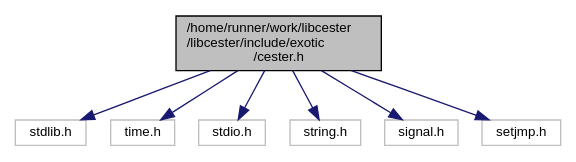
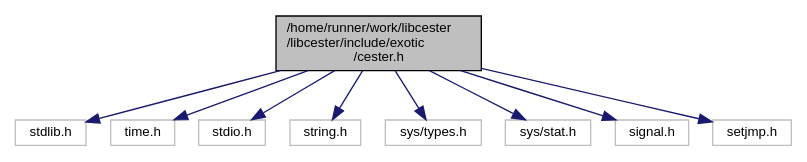
Before and after one commit to exoticlibraries/libcester: the diagram in reference/cester_8h__incl.dot, drawn with Graphviz. The commit also changed 230 other files, not shown here.

```diff
--- a/reference/cester_8h__incl.dot
+++ b/reference/cester_8h__incl.dot
@@ -1,18 +1,23 @@
 digraph "/home/runner/work/libcester/libcester/include/exotic/cester.h"
 {
+ // LATEX_PDF_SIZE
   edge [fontname="Helvetica",fontsize="10",labelfontname="Helvetica",labelfontsize="10"];
   node [fontname="Helvetica",fontsize="10",shape=record];
-  Node0 [label="/home/runner/work/libcester\l/libcester/include/exotic\l/cester.h",height=0.2,width=0.4,color="black", fillcolor="grey75", style="filled", fontcolor="black"];
-  Node0 -> Node1 [color="midnightblue",fontsize="10",style="solid",fontname="Helvetica"];
-  Node1 [label="stdlib.h",height=0.2,width=0.4,color="grey75", fillcolor="white", style="filled"];
-  Node0 -> Node2 [color="midnightblue",fontsize="10",style="solid",fontname="Helvetica"];
-  Node2 [label="time.h",height=0.2,width=0.4,color="grey75", fillcolor="white", style="filled"];
-  Node0 -> Node3 [color="midnightblue",fontsize="10",style="solid",fontname="Helvetica"];
-  Node3 [label="stdio.h",height=0.2,width=0.4,color="grey75", fillcolor="white", style="filled"];
-  Node0 -> Node4 [color="midnightblue",fontsize="10",style="solid",fontname="Helvetica"];
-  Node4 [label="string.h",height=0.2,width=0.4,color="grey75", fillcolor="white", style="filled"];
-  Node0 -> Node5 [color="midnightblue",fontsize="10",style="solid",fontname="Helvetica"];
-  Node5 [label="signal.h",height=0.2,width=0.4,color="grey75", fillcolor="white", style="filled"];
-  Node0 -> Node6 [color="midnightblue",fontsize="10",style="solid",fontname="Helvetica"];
-  Node6 [label="setjmp.h",height=0.2,width=0.4,color="grey75", fillcolor="white", style="filled"];
+  Node1 [label="/home/runner/work/libcester\l/libcester/include/exotic\l/cester.h",height=0.2,width=0.4,color="black", fillcolor="grey75", style="filled", fontcolor="black",tooltip=" "];
+  Node1 -> Node2 [color="midnightblue",fontsize="10",style="solid",fontname="Helvetica"];
+  Node2 [label="stdlib.h",height=0.2,width=0.4,color="grey75", fillcolor="white", style="filled",tooltip=" "];
+  Node1 -> Node3 [color="midnightblue",fontsize="10",style="solid",fontname="Helvetica"];
+  Node3 [label="time.h",height=0.2,width=0.4,color="grey75", fillcolor="white", style="filled",tooltip=" "];
+  Node1 -> Node4 [color="midnightblue",fontsize="10",style="solid",fontname="Helvetica"];
+  Node4 [label="stdio.h",height=0.2,width=0.4,color="grey75", fillcolor="white", style="filled",tooltip=" "];
+  Node1 -> Node5 [color="midnightblue",fontsize="10",style="solid",fontname="Helvetica"];
+  Node5 [label="string.h",height=0.2,width=0.4,color="grey75", fillcolor="white", style="filled",tooltip=" "];
+  Node1 -> Node6 [color="midnightblue",fontsize="10",style="solid",fontname="Helvetica"];
+  Node6 [label="sys/types.h",height=0.2,width=0.4,color="grey75", fillcolor="white", style="filled",tooltip=" "];
+  Node1 -> Node7 [color="midnightblue",fontsize="10",style="solid",fontname="Helvetica"];
+  Node7 [label="sys/stat.h",height=0.2,width=0.4,color="grey75", fillcolor="white", style="filled",tooltip=" "];
+  Node1 -> Node8 [color="midnightblue",fontsize="10",style="solid",fontname="Helvetica"];
+  Node8 [label="signal.h",height=0.2,width=0.4,color="grey75", fillcolor="white", style="filled",tooltip=" "];
+  Node1 -> Node9 [color="midnightblue",fontsize="10",style="solid",fontname="Helvetica"];
+  Node9 [label="setjmp.h",height=0.2,width=0.4,color="grey75", fillcolor="white", style="filled",tooltip=" "];
 }
```
